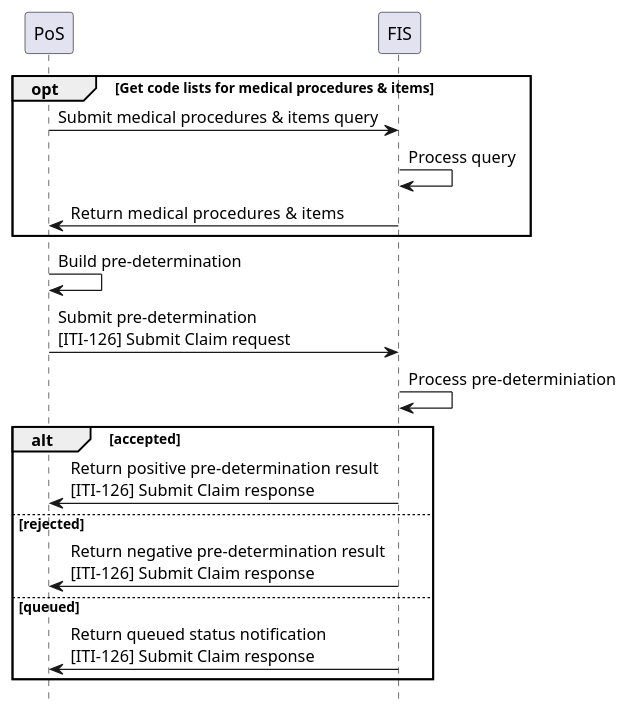
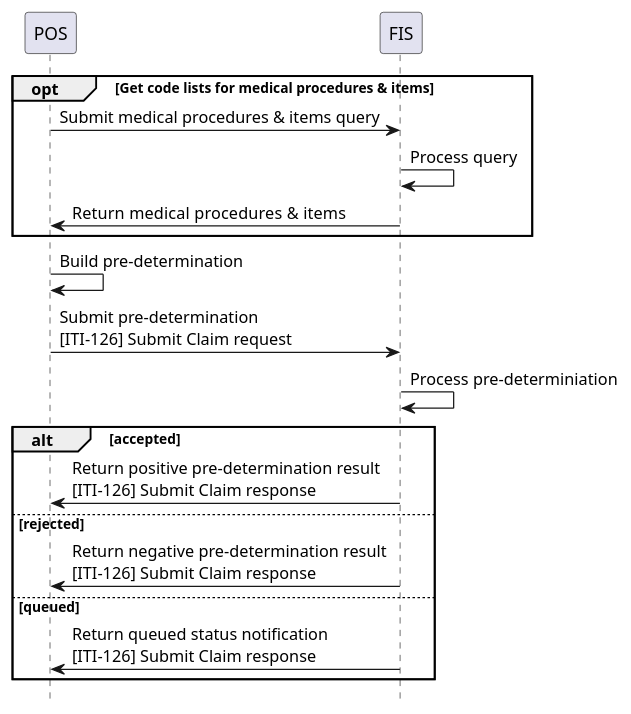
One commit to IHE/ITI.Finance changed the diagram in input/images-source/usecase4-processflow.plantuml. Above: the diagram before and after it, drawn with PlantUML. The commit also changed 8 other files, not shown here.

```diff
--- a/input/images-source/usecase4-processflow.plantuml
+++ b/input/images-source/usecase4-processflow.plantuml
@@ -1,28 +1,28 @@
 @startuml
 skinparam svgDimensionStyle false
 hide footbox
 
-participant PoS
+participant POS
 participant FIS
 
 
 opt Get code lists for medical procedures & items
-	PoS -> FIS: Submit medical procedures & items query
+	POS -> FIS: Submit medical procedures & items query
 	FIS -> FIS: Process query
-	FIS -> PoS: Return  medical procedures & items
+	FIS -> POS: Return  medical procedures & items
 end opt
  
 
-PoS -> PoS: Build pre-determination
-PoS -> FIS: Submit pre-determination\n&#91;ITI-126&#93; Submit Claim request
+POS -> POS: Build pre-determination
+POS -> FIS: Submit pre-determination\n&#91;ITI-126&#93; Submit Claim request
 FIS -> FIS: Process pre-determiniation
 
 alt accepted
-	FIS -> PoS: Return positive pre-determination result\n&#91;ITI-126&#93; Submit Claim response
+	FIS -> POS: Return positive pre-determination result\n&#91;ITI-126&#93; Submit Claim response
 else rejected
-	FIS -> PoS: Return negative pre-determination result\n&#91;ITI-126&#93; Submit Claim response
+	FIS -> POS: Return negative pre-determination result\n&#91;ITI-126&#93; Submit Claim response
 else queued
-	FIS -> PoS: Return queued status notification\n&#91;ITI-126&#93; Submit Claim response
+	FIS -> POS: Return queued status notification\n&#91;ITI-126&#93; Submit Claim response
 end
 
 @enduml
```
